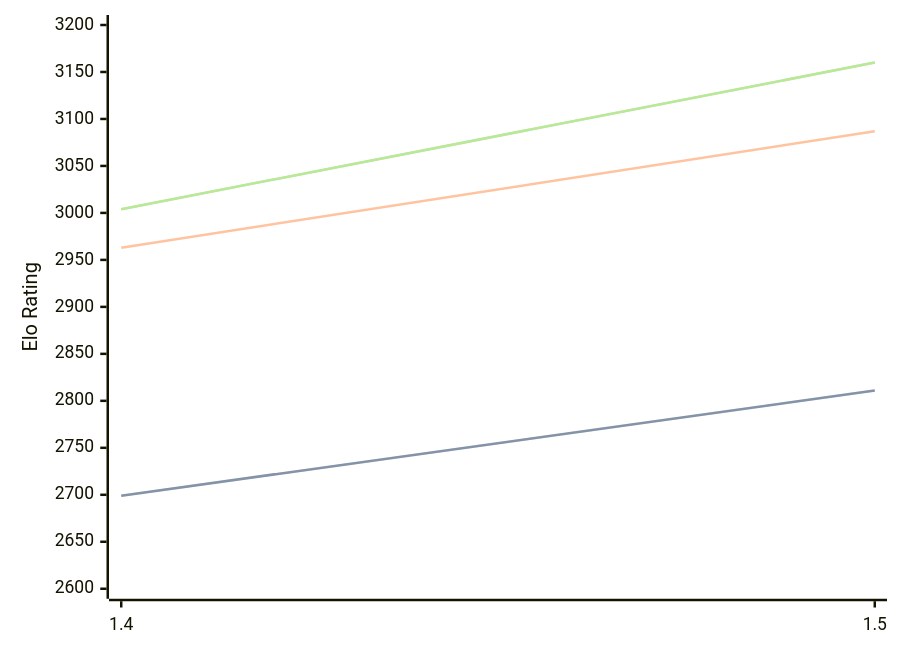
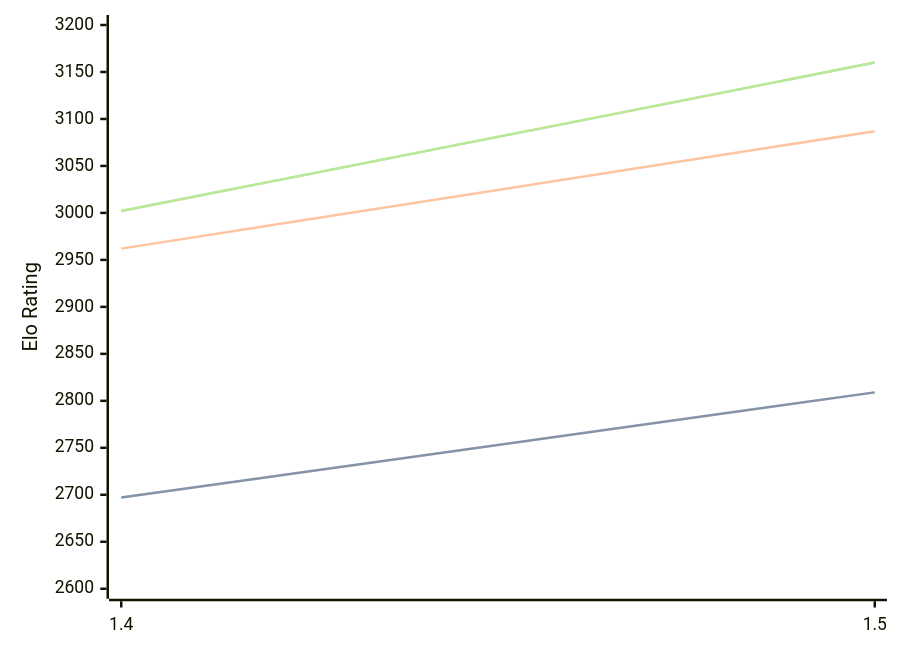
The diagram in engines/Yakka.md (computer-chess-index/cci), drawn with Mermaid before and after one commit. The commit also changed other lines of this file, not shown here.

Commit message:
Update CCI Ratings (ELO VLTC) - 2026-03-08

````diff
--- a/engines/Yakka.md
+++ b/engines/Yakka.md
@@ -34,11 +34,11 @@
 ```mermaid
 %%{init: {"theme":"base","themeVariables":{"seriesColors:['#a3a3a3','#222221','#faa371']}}}%%
 xychart-beta
   x-axis ["1.4", "1.5"]
   y-axis "Elo Rating" 2600 --> 3200
-  line "STC (8.0+0.08s)" [2699, 2811]
-  line "STC (8.0+0.08s)" [2699, 2811]
-  line "LTC (60.0+0.60s)" [2963, 3087]
-  line "VLTC (2m24s+1.12s)" [3004, 3160]
-  line "VLTC (2m24s+1.12s)" [3004, 3160]
+  line "STC (8.0+0.08s)" [2697, 2809]
+  line "STC (8.0+0.08s)" [2697, 2809]
+  line "LTC (60.0+0.60s)" [2962, 3087]
+  line "VLTC (2m24s+1.12s)" [3002, 3160]
+  line "VLTC (2m24s+1.12s)" [3002, 3160]
 ```
````
